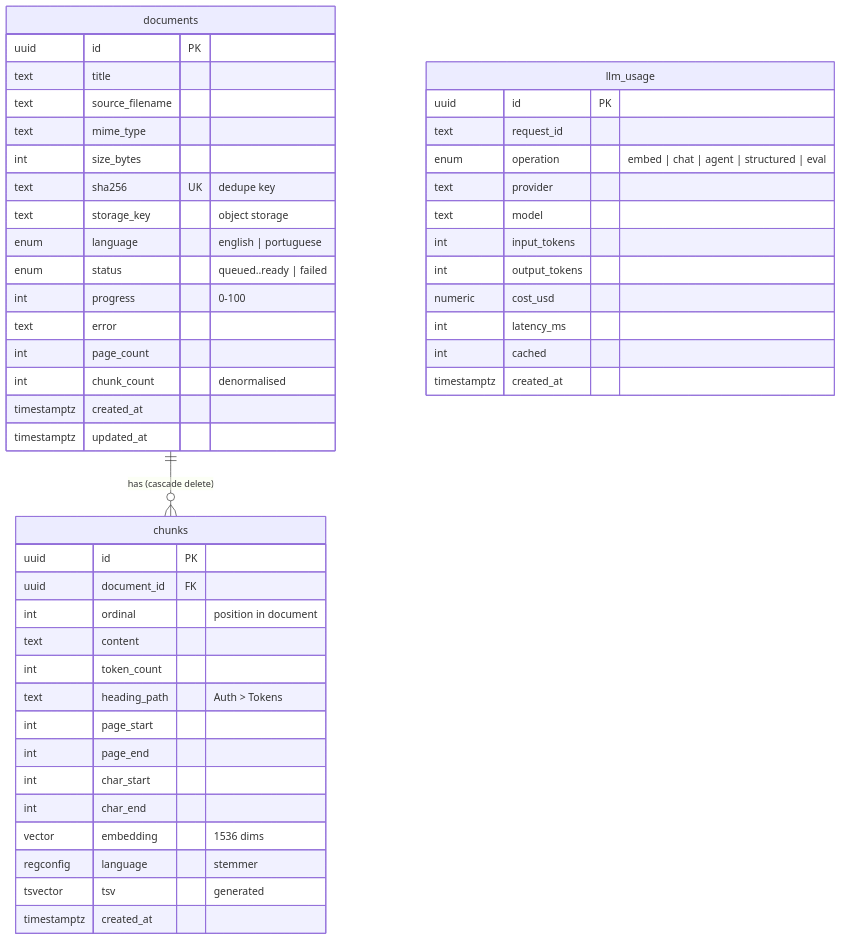
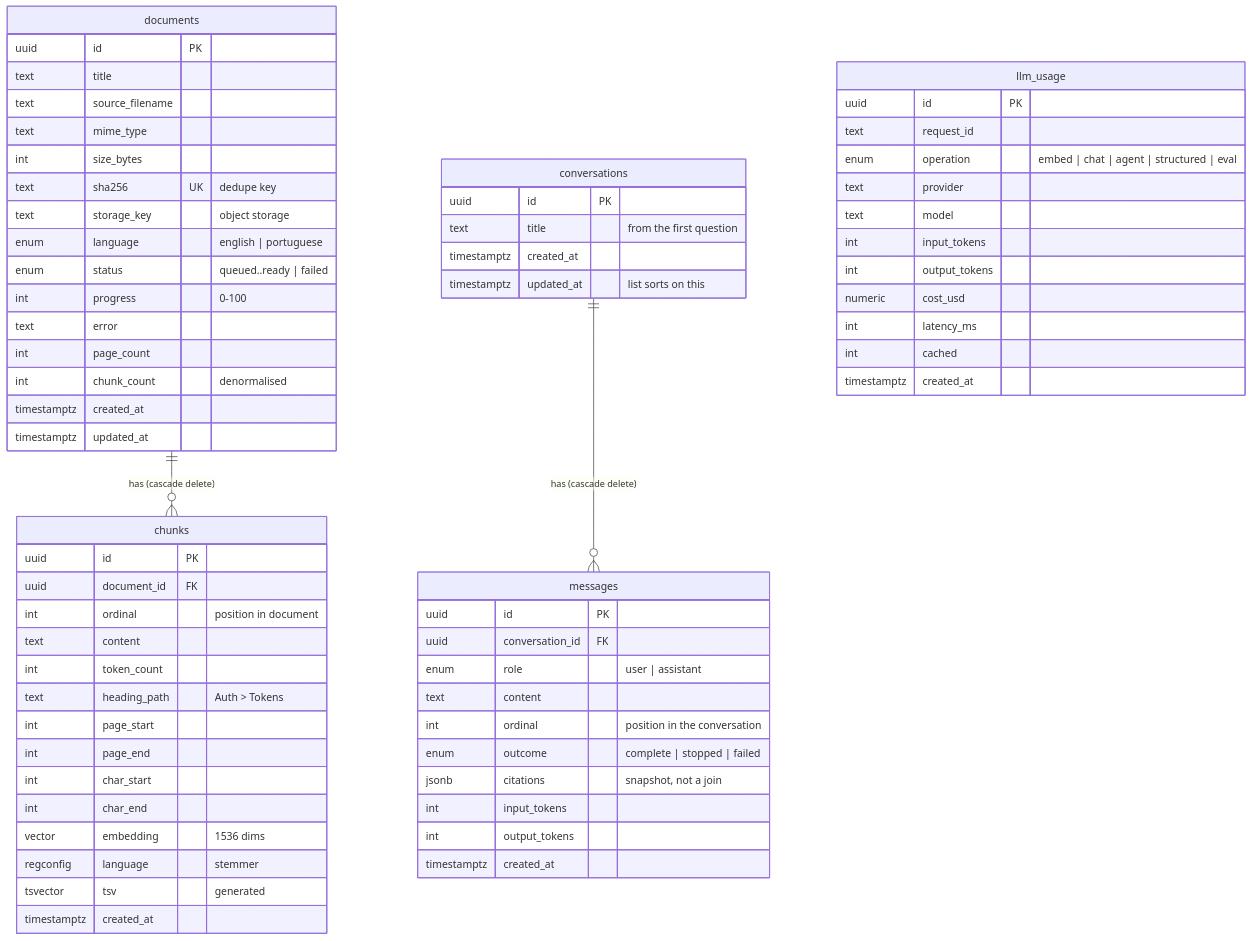
The diagram in docs/data-model.md (cavini/docpilot), drawn with Mermaid before and after one commit. The commit also changed other lines of this file and 6 other files, not shown here.

First line of the commit message:
feat(api): add the conversations and messages tables

````diff
--- a/docs/data-model.md
+++ b/docs/data-model.md
@@ -7,53 +7,74 @@
 ```mermaid
 erDiagram
     documents ||--o{ chunks : "has (cascade delete)"
+    conversations ||--o{ messages : "has (cascade delete)"
 
     documents {
         uuid id PK
         text title
         text source_filename
         text mime_type
         int size_bytes
         text sha256 UK "dedupe key"
         text storage_key "object storage"
         enum language "english | portuguese"
         enum status "queued..ready | failed"
         int progress "0-100"
         text error
         int page_count
         int chunk_count "denormalised"
         timestamptz created_at
         timestamptz updated_at
     }
 
     chunks {
         uuid id PK
         uuid document_id FK
         int ordinal "position in document"
         text content
         int token_count
         text heading_path "Auth > Tokens"
         int page_start
         int page_end
         int char_start
         int char_end
         vector embedding "1536 dims"
         regconfig language "stemmer"
         tsvector tsv "generated"
         timestamptz created_at
     }
 
+    conversations {
+        uuid id PK
+        text title "from the first question"
+        timestamptz created_at
+        timestamptz updated_at "list sorts on this"
+    }
+
+    messages {
+        uuid id PK
+        uuid conversation_id FK
+        enum role "user | assistant"
+        text content
+        int ordinal "position in the conversation"
+        enum outcome "complete | stopped | failed"
+        jsonb citations "snapshot, not a join"
+        int input_tokens
+        int output_tokens
+        timestamptz created_at
+    }
+
     llm_usage {
         uuid id PK
         text request_id
         enum operation "embed | chat | agent | structured | eval"
         text provider
         text model
         int input_tokens
         int output_tokens
         numeric cost_usd
         int latency_ms
         int cached
         timestamptz created_at
     }
 ```
````
